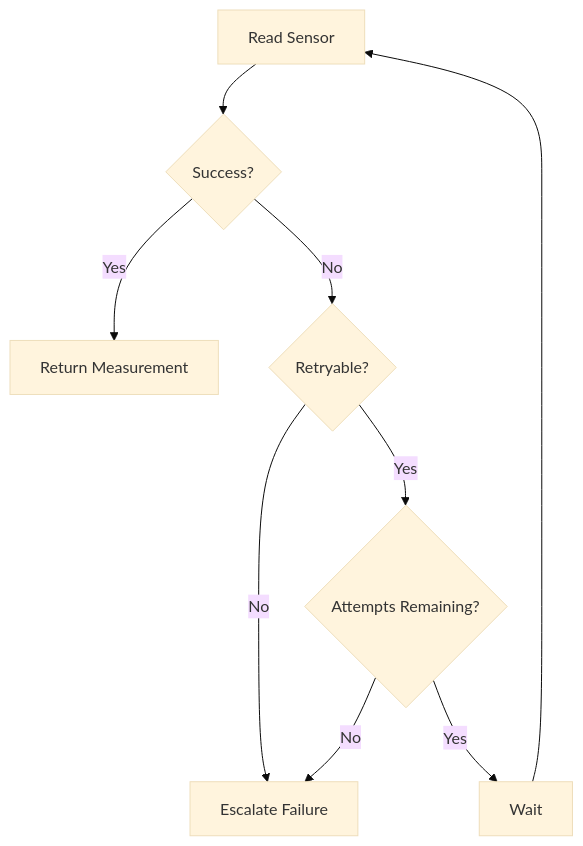
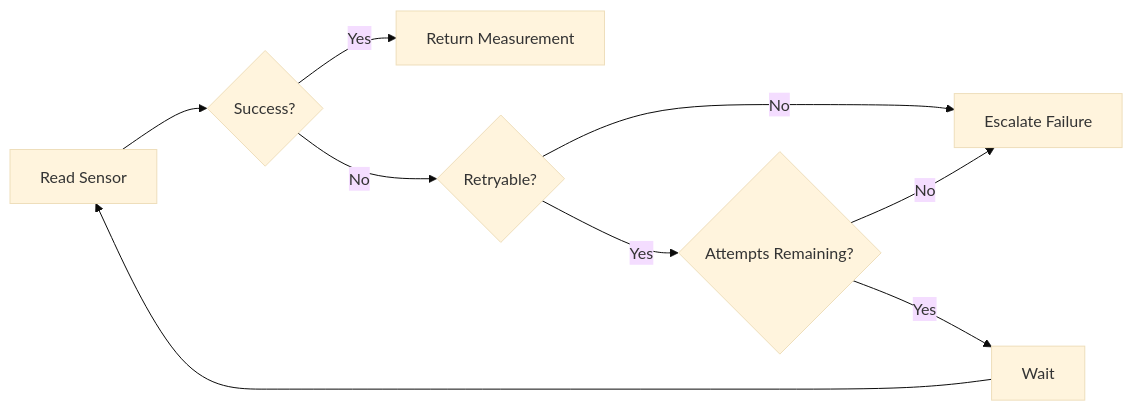
One commit to saurabh162/embedded-quality-attributes changed the second of 2 diagrams in reliability/RetryMechanism/README.md. Above: the diagram before and after it, drawn with Mermaid (base theme). The commit also changed other lines of this file, not shown here.

Commit message:
Update flowchart in README for retry mechanism

````diff
--- a/reliability/RetryMechanism/README.md
+++ b/reliability/RetryMechanism/README.md
@@ -220,15 +220,15 @@
 ```mermaid
-flowchart TD
-    A[Read Sensor] --> B{Success?}
+flowchart LR
+    Read[Read Sensor] --> Success{Success?}
 
-    B -->|Yes| C[Return Measurement]
-    B -->|No| D{Retryable?}
+    Success -->|Yes| Return[Return Measurement]
+    Success -->|No| Retryable{Retryable?}
 
-    D -->|No| G[Escalate Failure]
-    D -->|Yes| E{Attempts Remaining?}
+    Retryable -->|No| Failure[Escalate Failure]
+    Retryable -->|Yes| Attempts{Attempts Remaining?}
 
-    E -->|No| G
-    E -->|Yes| F[Wait]
+    Attempts -->|No| Failure
+    Attempts -->|Yes| Wait[Wait]
 
-    F --> A
+    Wait --> Read
 ```
````
